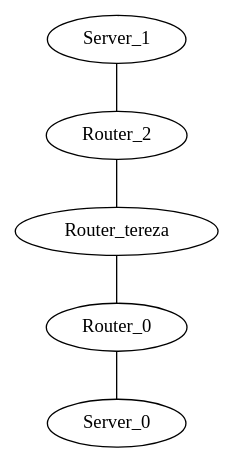
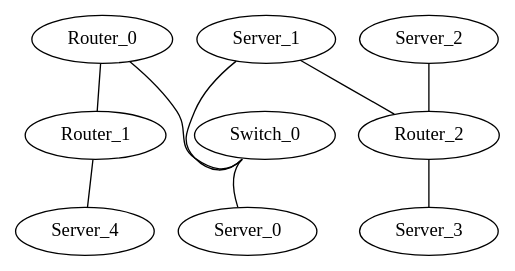
Before and after one commit to matferronato/TopologyGen: the diagram in TopologyGen/TopologyInfo/topology.dot, drawn with Graphviz. The commit also changed 48 other files, not shown here.

```diff
--- a/TopologyGen/TopologyInfo/topology.dot
+++ b/TopologyGen/TopologyInfo/topology.dot
@@ -1,11 +1,19 @@
 graph vx {
 "Router_0" [function="leaf" vagrant="eth1" os="Linux Ubuntu" version="1.1" memory="500" config="./helper_scripts/config_production_switch.sh" ]
-"Router_tereza" [function="leaf" vagrant="eth1" os="Linux Ubuntu" version="1.1" memory="500" config="./helper_scripts/config_production_switch.sh" ]
+"Router_1" [function="leaf" vagrant="eth1" os="Linux Ubuntu" version="1.1" memory="500" config="./helper_scripts/config_production_switch.sh" ]
 "Router_2" [function="leaf" vagrant="eth1" os="Linux Ubuntu" version="1.1" memory="500" config="./helper_scripts/config_production_switch.sh" ]
-"Server_0" [function="leaf" vagrant="eth1" os="Hashicorp/Bionic64" version="1.1" memory="500" config="./helper_scripts/config_production_switch.sh" ]
+"Server_0" [function="leaf" vagrant="eth1" os="Linux Ubuntu" version="1.1" memory="500" config="./helper_scripts/config_production_switch.sh" ]
 "Server_1" [function="leaf" vagrant="eth1" os="Linux Ubuntu" version="1.1" memory="500" config="./helper_scripts/config_production_switch.sh" ]
-"Server_1":"eth100" -- "Router_2":"eth1"
-"Router_2":"eth100" -- "Router_tereza":"eth100"
-"Router_tereza":"eth101" -- "Router_0":"eth100"
-"Router_0":"eth1" -- "Server_0":"eth100"
+"Server_2" [function="leaf" vagrant="eth1" os="Linux Ubuntu" version="1.1" memory="500" config="./helper_scripts/config_production_switch.sh" ]
+"Server_3" [function="leaf" vagrant="eth1" os="Linux Ubuntu" version="1.1" memory="500" config="./helper_scripts/config_production_switch.sh" ]
+"Server_4" [function="leaf" vagrant="eth1" os="Linux Ubuntu" version="1.1" memory="500" config="./helper_scripts/config_production_switch.sh" ]
+"Switch_0" [function="leaf" vagrant="eth1" os="Linux Ubuntu" version="1.1" memory="500" config="./helper_scripts/config_production_switch.sh" ]
+"Router_1":"eth1" -- "Server_4":"eth100"
+"Router_0":"eth100" -- "Router_1":"eth100"
+"Router_2":"eth1" -- "Server_3":"eth100"
+"Router_0":"eth50" -- "Switch_0":"swp100"
+"Switch_0":"swp1" -- "Server_0":"eth50"
+"Server_1":"eth50" -- "Switch_0":"swp2"
+"Server_1":"eth100" -- "Router_2":"eth2"
+"Server_2":"eth100" -- "Router_2":"eth3"
 }
```
